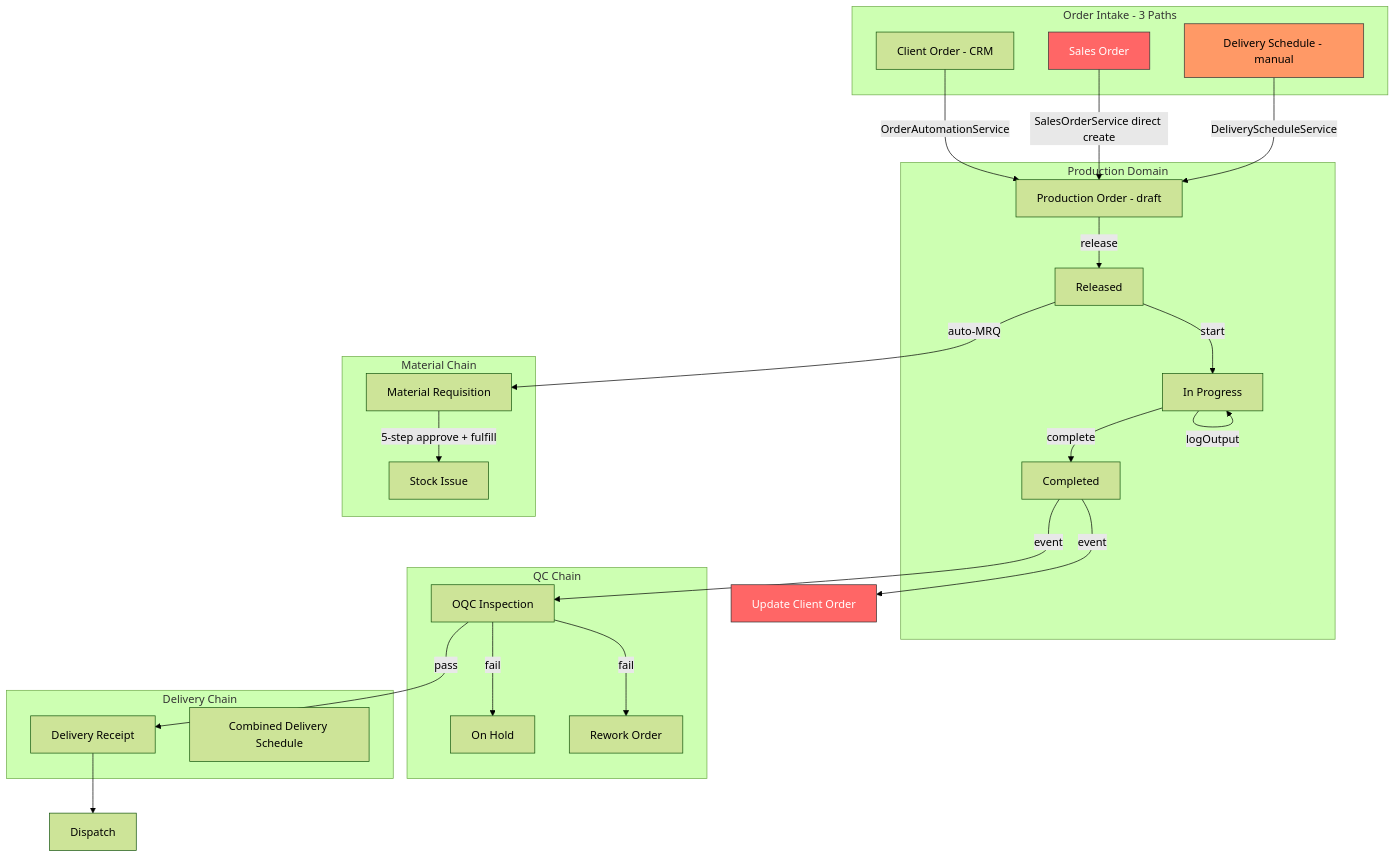
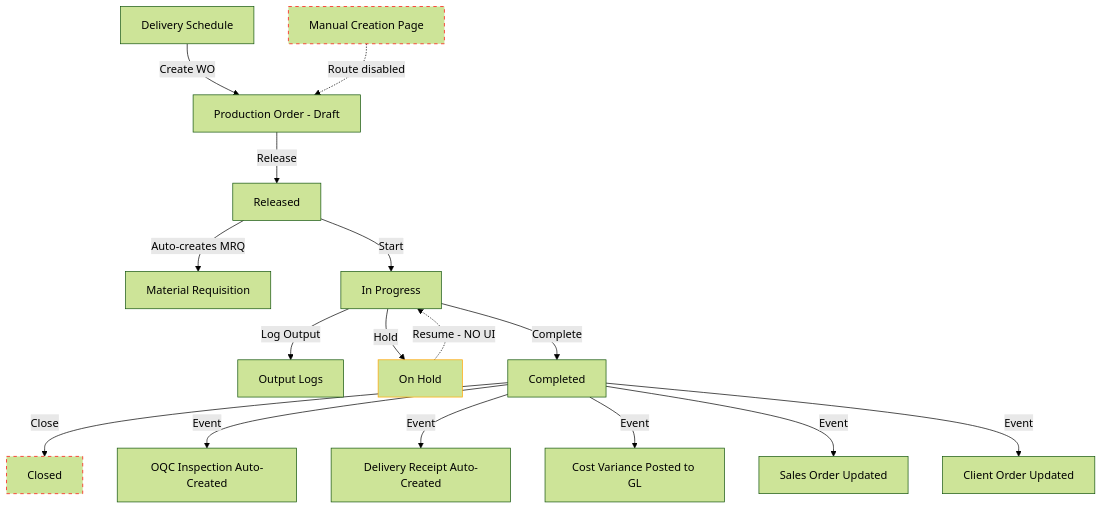
The diagram in plans/production-module-full-chain-audit-broken-processes-gaps-and-risks.md (kwat0g/ogami-laravel), drawn with Mermaid (forest theme) before and after one commit. The commit also changed other lines of this file and 9 other files, not shown here.

First line of the commit message:
feat(production): fix 13 broken/missing flows in production module chain

````diff
--- a/plans/production-module-full-chain-audit-broken-processes-gaps-and-risks.md
+++ b/plans/production-module-full-chain-audit-broken-processes-gaps-and-risks.md
@@ -9,55 +11,22 @@
 ```mermaid
 flowchart TD
-    subgraph INTAKE[Order Intake - 3 Paths]
-        CO[Client Order - CRM]
-        SO[Sales Order]
-        DS[Delivery Schedule - manual]
-    end
+    DS[Delivery Schedule] -->|Create WO| PO[Production Order - Draft]
+    MANUAL[Manual Creation Page] -.->|Route disabled| PO
+    PO -->|Release| REL[Released]
+    REL -->|Auto-creates MRQ| MRQ[Material Requisition]
+    REL -->|Start| IP[In Progress]
+    IP -->|Log Output| OUT[Output Logs]
+    IP -->|Hold| HOLD[On Hold]
+    HOLD -.->|Resume - NO UI| IP
+    IP -->|Complete| COMP[Completed]
+    COMP -->|Close| CLOSED[Closed]
+    COMP -->|Event| OQC[OQC Inspection Auto-Created]
+    COMP -->|Event| DR[Delivery Receipt Auto-Created]
+    COMP -->|Event| GL[Cost Variance Posted to GL]
+    COMP -->|Event| SO[Sales Order Updated]
+    COMP -->|Event| CO[Client Order Updated]
 
-    subgraph PRODUCTION[Production Domain]
-        PO[Production Order - draft]
-        REL[Released]
-        IP[In Progress]
-        COMP[Completed]
-    end
-
-    subgraph MATERIAL[Material Chain]
-        MRQ[Material Requisition]
-        STOCK[Stock Issue]
-    end
-
-    subgraph QC_CHAIN[QC Chain]
-        OQC[OQC Inspection]
-        HOLD[On Hold]
-        REWORK[Rework Order]
-    end
-
-    subgraph DELIVERY_CHAIN[Delivery Chain]
-        DR[Delivery Receipt]
-        CDS[Combined Delivery Schedule]
-    end
-
-    CO -->|OrderAutomationService| PO
-    SO -->|SalesOrderService direct create| PO
-    DS -->|DeliveryScheduleService| PO
-
-    PO -->|release| REL
-    REL -->|auto-MRQ| MRQ
-    MRQ -->|5-step approve + fulfill| STOCK
-    REL -->|start| IP
-    IP -->|logOutput| IP
-    IP -->|complete| COMP
-
-    COMP -->|event| OQC
-    OQC -->|fail| HOLD
-    OQC -->|fail| REWORK
-    OQC -->|pass| DR
-
-    COMP -->|event| CDS_UPDATE[Update Client Order]
-
-    DR --> DISPATCH[Dispatch]
-
-    style SO fill:#f66,stroke:#333,color:#fff
-    style CDS_UPDATE fill:#f66,stroke:#333,color:#fff
-    style DS fill:#f96,stroke:#333
+    style MANUAL stroke-dasharray: 5 5,stroke:red
+    style HOLD stroke:orange
+    style CLOSED stroke-dasharray: 5 5,stroke:red
 ```
````
